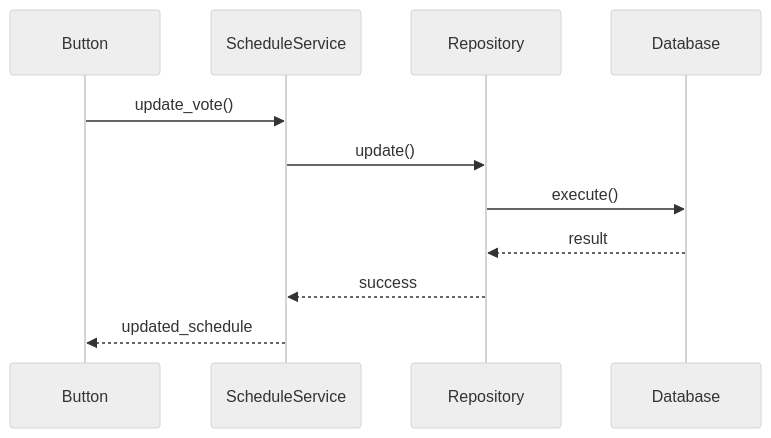
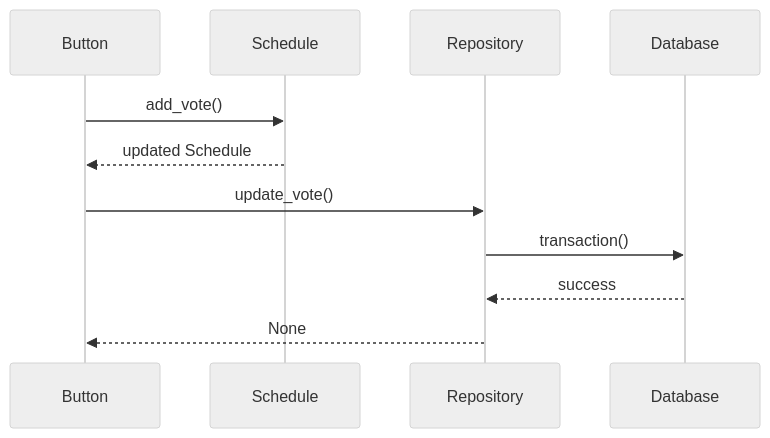
Before and after one commit to nissy242424/SimpleScheduleDiscordBot: the second of 4 diagrams in docs/MODULES.md, drawn with Mermaid (neutral theme). The commit also changed other lines of this file and 4 other files, not shown here.

````diff
--- a/docs/MODULES.md
+++ b/docs/MODULES.md
@@ -192,14 +140,14 @@
 ```mermaid
 sequenceDiagram
     participant Button
-    participant ScheduleService
+    participant Schedule
     participant Repository
     participant Database
 
-    Button->>ScheduleService: update_vote()
-    ScheduleService->>Repository: update()
-    Repository->>Database: execute()
-    Database-->>Repository: result
-    Repository-->>ScheduleService: success
-    ScheduleService-->>Button: updated_schedule
+    Button->>Schedule: add_vote()
+    Schedule-->>Button: updated Schedule
+    Button->>Repository: update_vote()
+    Repository->>Database: transaction()
+    Database-->>Repository: success
+    Repository-->>Button: None
 ```
````
